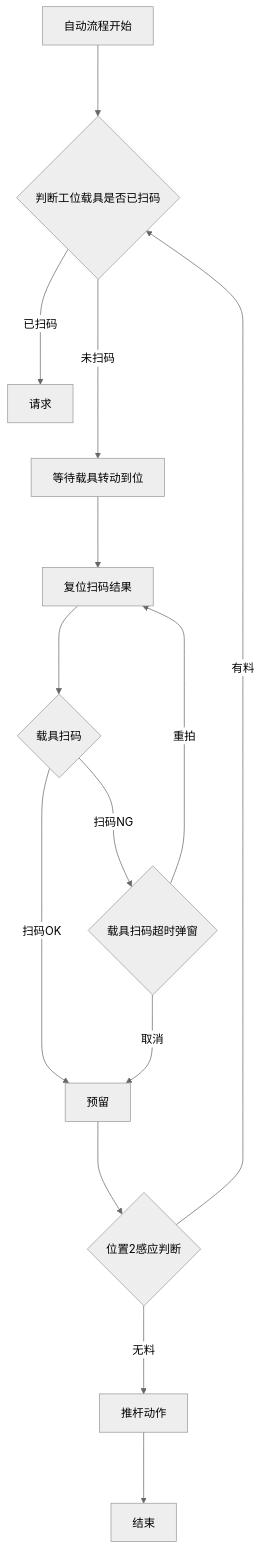
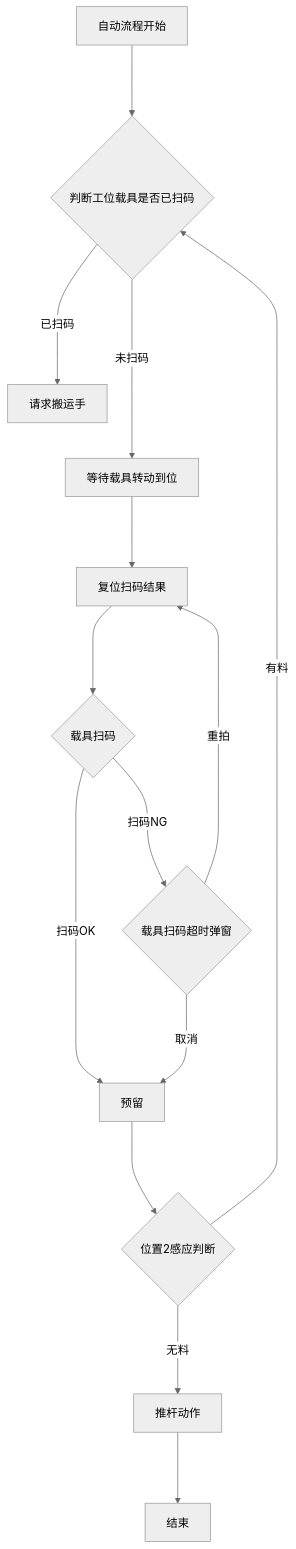
One commit to zmq000/iodraw-files changed the diagram in all/OP70工位2短回流工位.md. Above: the diagram before and after it, drawn with Mermaid (neutral theme).

Commit message:
2026-06-17 15:59:11 update

````diff
--- a/all/OP70工位2短回流工位.md
+++ b/all/OP70工位2短回流工位.md
@@ -1,20 +1,20 @@
 ```mermaid
 graph TD
 自动流程开始--->
 10{判断工位载具是否已扫码}--->|已扫码|200
 10---->|未扫码|100
 100[等待载具转动到位]--->110
 110[复位扫码结果]--->120
 120{载具扫码}--->|扫码OK|130
 120--->|扫码NG|125
 125{载具扫码超时弹窗}--->|重拍|110
 125--->|取消|130
 130[预留]--->140
 140{位置2感应判断}--->|有料|10
 140--->|无料|150
 150[推杆动作]--->160
 160[结束]
-200[请求]
+200[请求搬运手]
 
   
 ```
````
